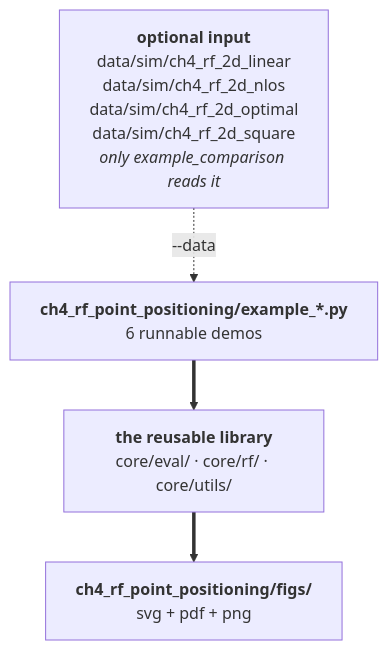
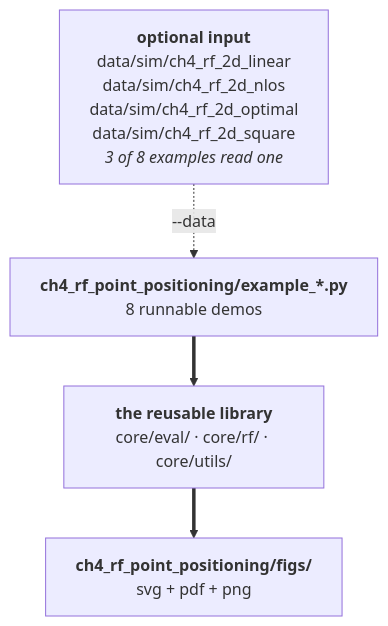
Before and after one commit to IPNL-POLYU/IPIN-Examples: the diagram in ch4_rf_point_positioning/README.md, drawn with Mermaid. The commit also changed other lines of this file and 16 other files, not shown here.

````diff
--- a/ch4_rf_point_positioning/README.md
+++ b/ch4_rf_point_positioning/README.md
@@ -1116,10 +1221,10 @@
 ```mermaid
 flowchart TB
-    D["<b>optional input</b><br/>data/sim/ch4_rf_2d_linear<br/>data/sim/ch4_rf_2d_nlos<br/>data/sim/ch4_rf_2d_optimal<br/>data/sim/ch4_rf_2d_square<br/><i>only example_comparison reads it</i>"]
-    E["<b>ch4_rf_point_positioning/example_*.py</b><br/>6 runnable demos"]
+    D["<b>optional input</b><br/>data/sim/ch4_rf_2d_linear<br/>data/sim/ch4_rf_2d_nlos<br/>data/sim/ch4_rf_2d_optimal<br/>data/sim/ch4_rf_2d_square<br/><i>3 of 8 examples read one</i>"]
+    E["<b>ch4_rf_point_positioning/example_*.py</b><br/>8 runnable demos"]
     C["<b>the reusable library</b><br/>core/eval/ · core/rf/ · core/utils/"]
     F["<b>ch4_rf_point_positioning/figs/</b><br/>svg + pdf + png"]
     D -. "--data" .-> E
     E ==> C
     C ==> F
 ```
````
